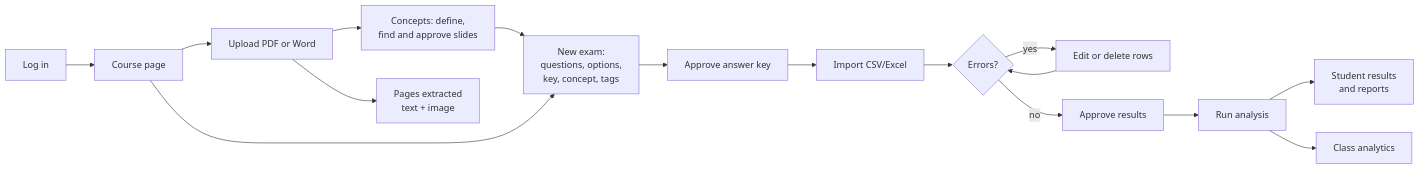
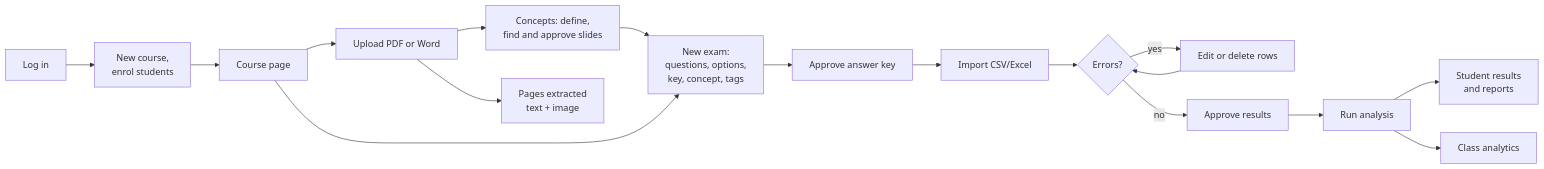
One commit to AhmedEbrahem25/gapmap changed the first of 4 diagrams in docs/submission/03-Analysis/Workflows.md. Above: the diagram before and after it, drawn with Mermaid. The commit also changed other lines of this file and 35 other files, not shown here.

````diff
--- a/docs/submission/03-Analysis/Workflows.md
+++ b/docs/submission/03-Analysis/Workflows.md
@@ -8,18 +8,19 @@
 ```mermaid
 flowchart LR
-  A[Log in] --> B[Course page]
+  A[Log in] --> Z[New course,<br/>enrol students]
+  Z --> B[Course page]
   B --> C[Upload PDF or Word]
   C --> N[Concepts: define,<br/>find and approve slides]
   N --> E
   C --> D[Pages extracted<br/>text + image]
   B --> E[New exam:<br/>questions, options,<br/>key, concept, tags]
   E --> F[Approve answer key]
   F --> G[Import CSV/Excel]
   G --> H{Errors?}
   H -- yes --> I[Edit or delete rows]
   I --> H
   H -- no --> J[Approve results]
   J --> K[Run analysis]
   K --> L[Student results<br/>and reports]
   K --> M[Class analytics]
 ```
````
